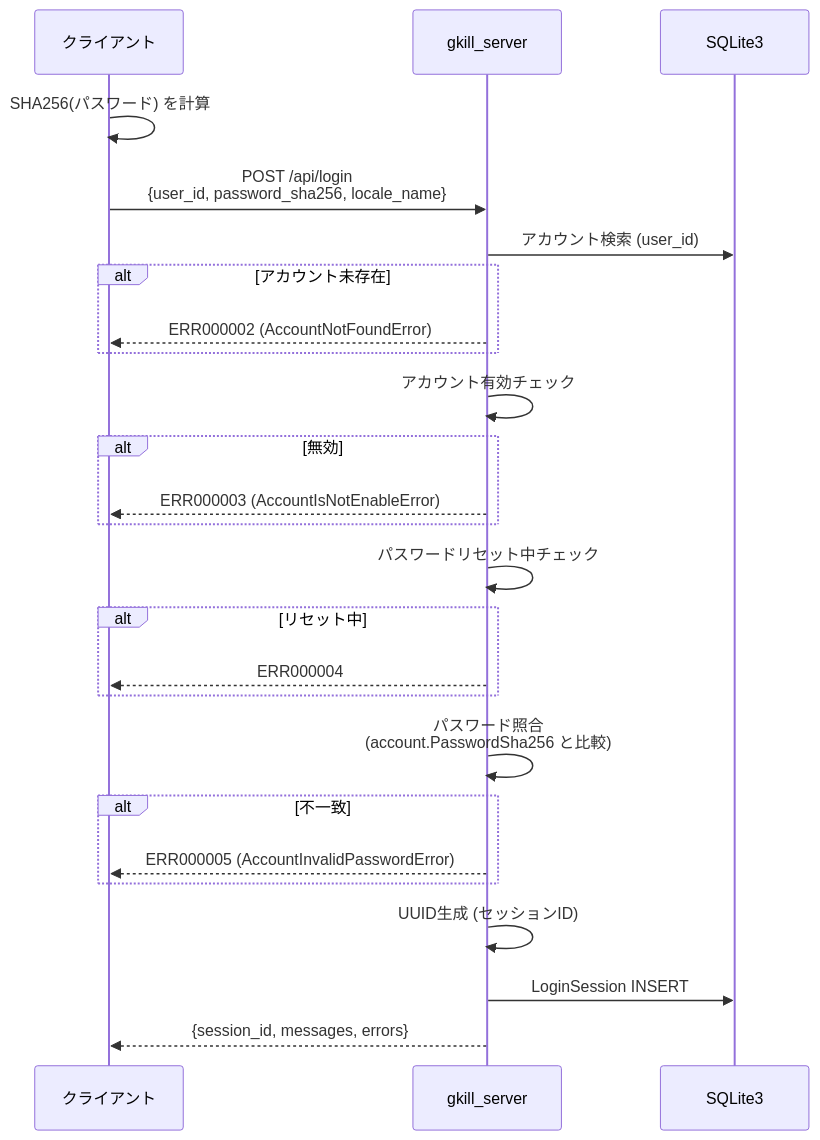
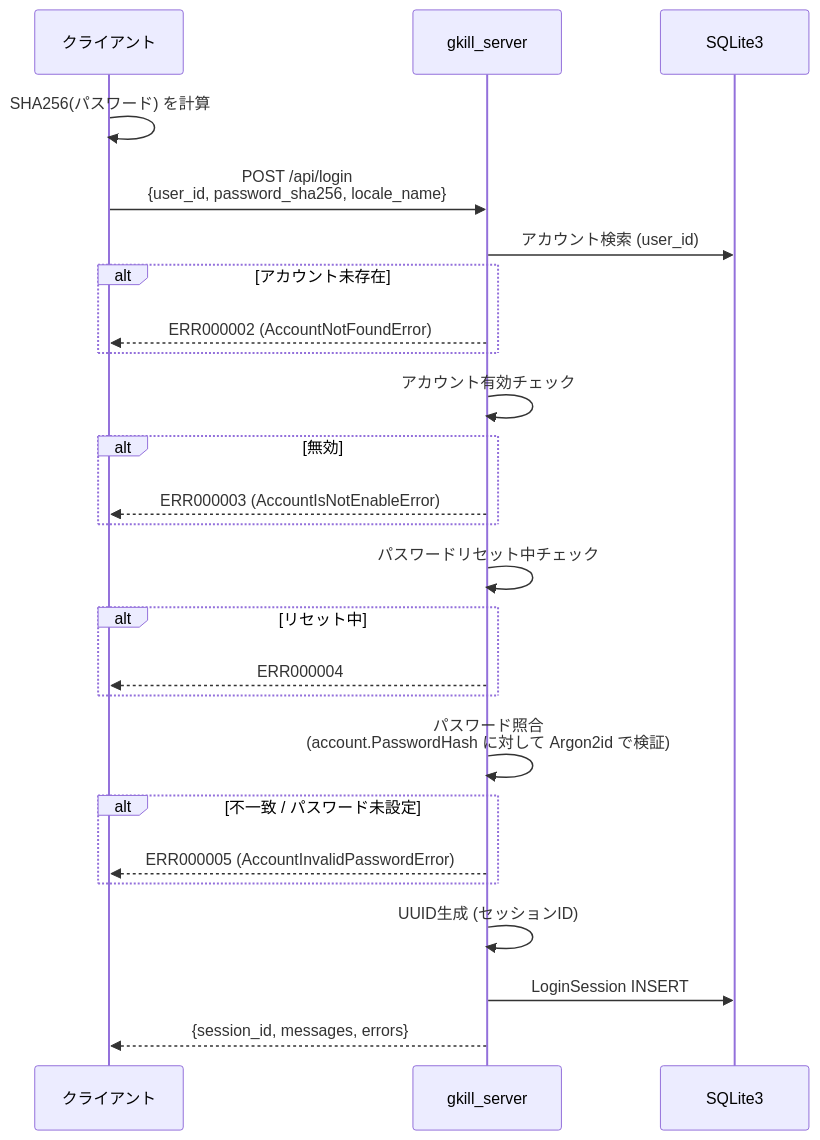
Before and after one commit to mt3hr/gkill: the diagram in documents/reverse/error-handling-and-security.md, drawn with Mermaid. The commit also changed other lines of this file and 62 other files, not shown here.

````diff
--- a/documents/reverse/error-handling-and-security.md
+++ b/documents/reverse/error-handling-and-security.md
@@ -129,28 +129,28 @@
 ```mermaid
 sequenceDiagram
     participant C as クライアント
     participant S as gkill_server
     participant DB as SQLite3
 
     C->>C: SHA256(パスワード) を計算
     C->>S: POST /api/login<br/>{user_id, password_sha256, locale_name}
     S->>DB: アカウント検索 (user_id)
     alt アカウント未存在
         S-->>C: ERR000002 (AccountNotFoundError)
     end
     S->>S: アカウント有効チェック
     alt 無効
         S-->>C: ERR000003 (AccountIsNotEnableError)
     end
     S->>S: パスワードリセット中チェック
     alt リセット中
         S-->>C: ERR000004
     end
-    S->>S: パスワード照合<br/>(account.PasswordSha256 と比較)
-    alt 不一致
+    S->>S: パスワード照合<br/>(account.PasswordHash に対して Argon2id で検証)
+    alt 不一致 / パスワード未設定
         S-->>C: ERR000005 (AccountInvalidPasswordError)
     end
     S->>S: UUID生成 (セッションID)
     S->>DB: LoginSession INSERT
     S-->>C: {session_id, messages, errors}
 ```
````
